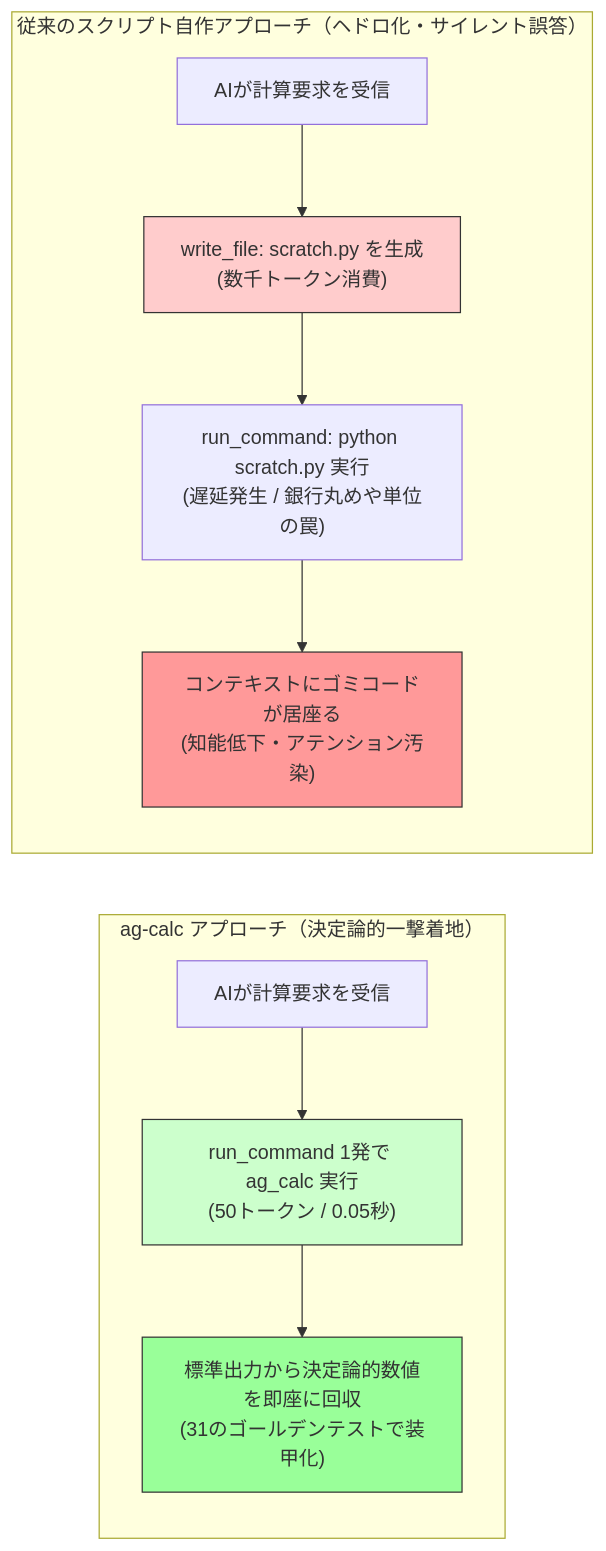
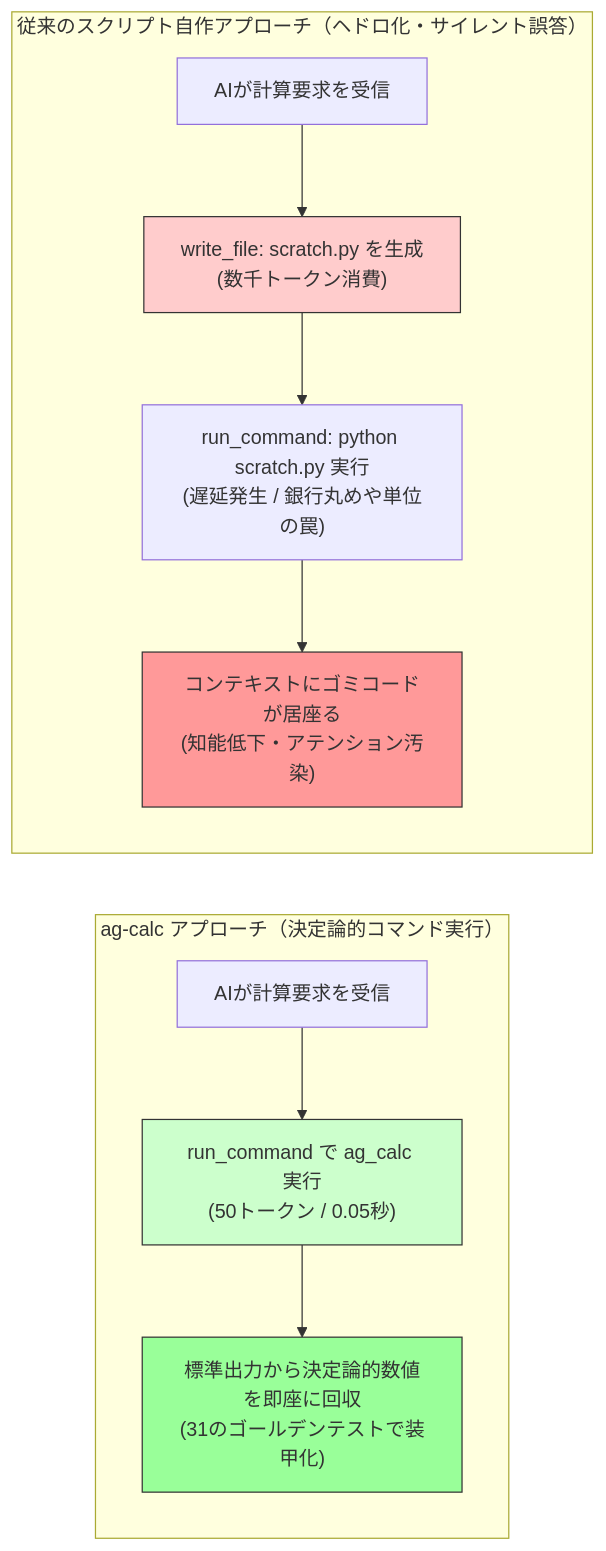
One commit to sevenstars917-bot/Bootloader_Dignity changed the diagram in 01_Tools/ag-calc/User_guide.md. Above: the diagram before and after it, drawn with Mermaid. The commit also changed other lines of this file and 1 other file, not shown here.

Commit message:
docs: add skill definition and user guide for ag-calc tool

````diff
--- a/01_Tools/ag-calc/User_guide.md
+++ b/01_Tools/ag-calc/User_guide.md
@@ -33,21 +33,21 @@
 ```mermaid
 flowchart TD
     subgraph Traditional["従来のスクリプト自作アプローチ（ヘドロ化・サイレント誤答）"]
         direction TB
         A1["AIが計算要求を受信"] --> A2["write_file: scratch.py を生成<br>(数千トークン消費)"]
         A2 --> A3["run_command: python scratch.py 実行<br>(遅延発生 / 銀行丸めや単位の罠)"]
         A3 --> A4["コンテキストにゴミコードが居座る<br>(知能低下・アテンション汚染)"]
         style A2 fill:#ffcccc,stroke:#333
         style A4 fill:#ff9999,stroke:#333
     end
 
-    subgraph AgCalc["ag-calc アプローチ（決定論的一撃着地）"]
+    subgraph AgCalc["ag-calc アプローチ（決定論的コマンド実行）"]
         direction TB
-        B1["AIが計算要求を受信"] --> B2["run_command 1発で ag_calc 実行<br>(50トークン / 0.05秒)"]
+        B1["AIが計算要求を受信"] --> B2["run_command で ag_calc 実行<br>(50トークン / 0.05秒)"]
         B2 --> B3["標準出力から決定論的数値を即座に回収<br>(31のゴールデンテストで装甲化)"]
         style B2 fill:#ccffcc,stroke:#333
         style B3 fill:#99ff99,stroke:#333
     end
 
     Traditional ~~~ AgCalc
 ```
````
